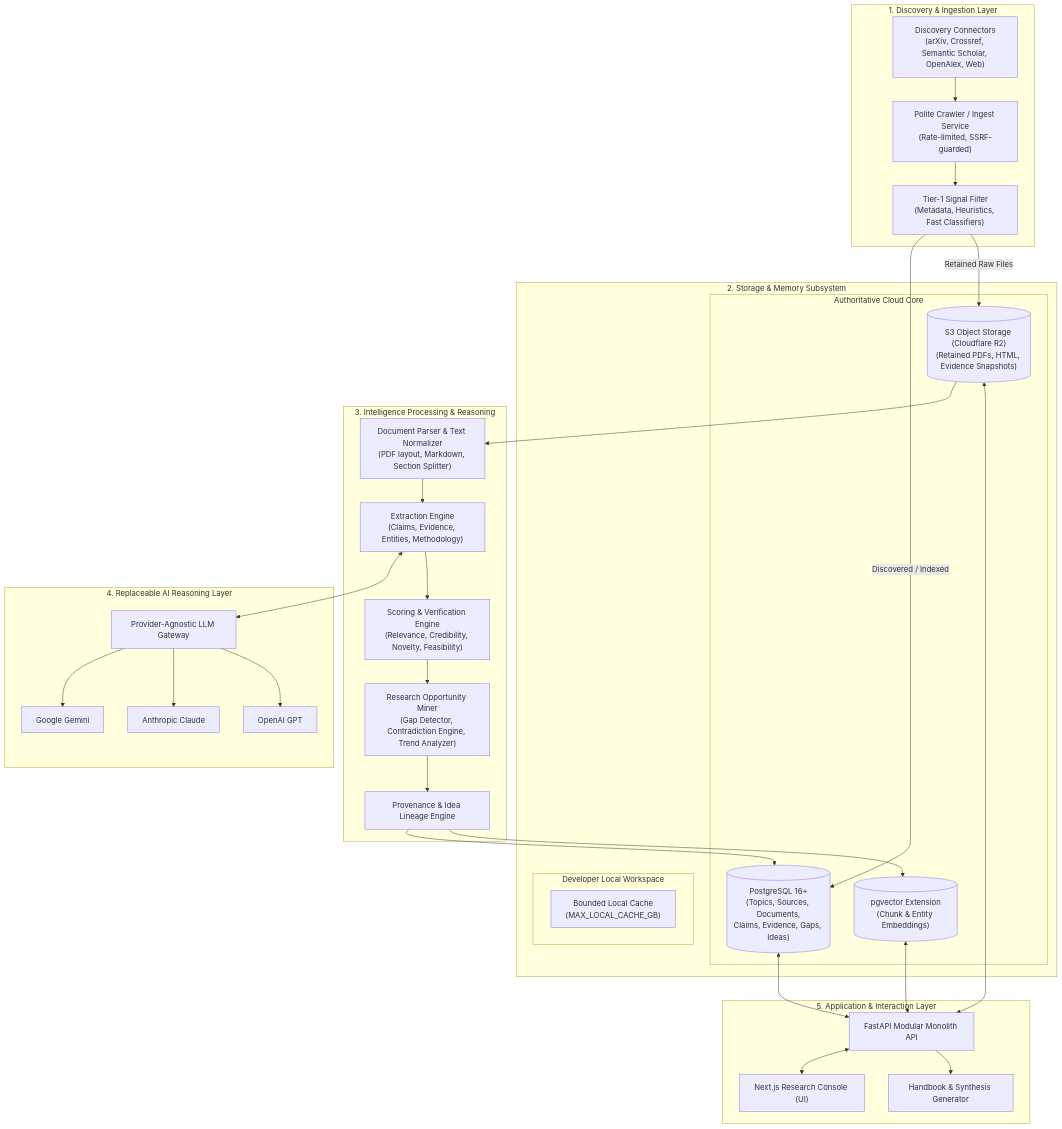
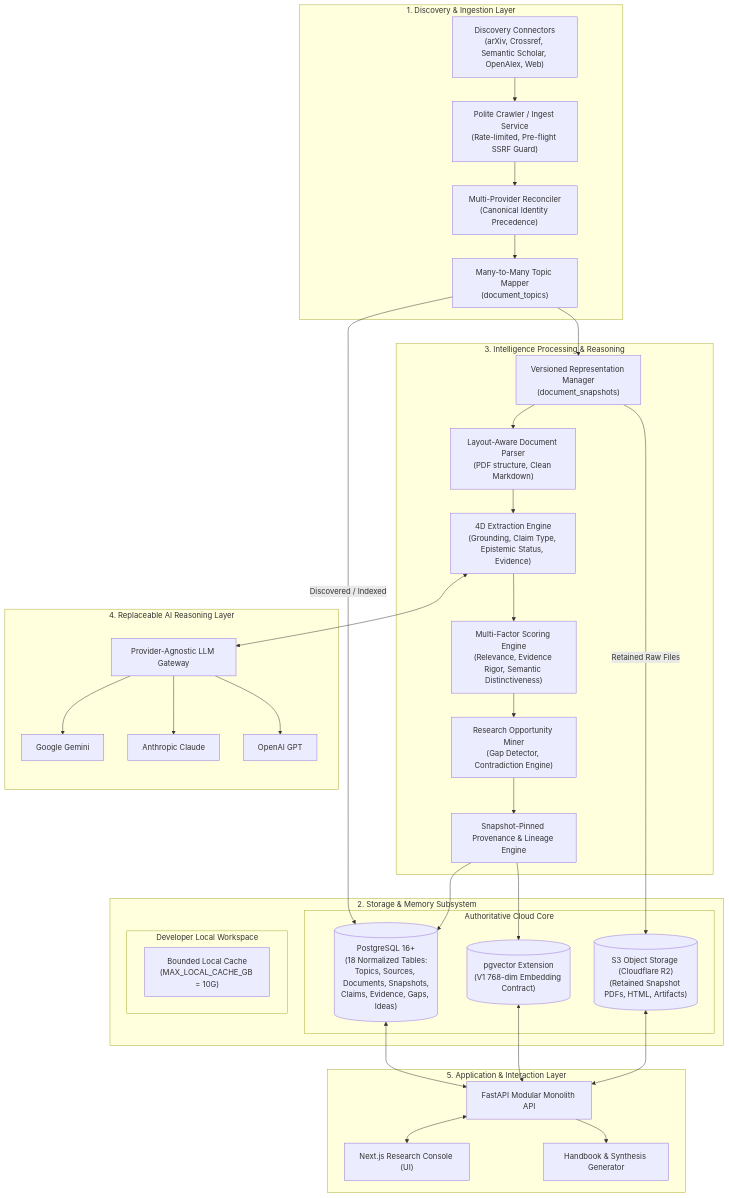
The first of 2 diagrams in ARCHITECTURE.md (Phuchello/NCKH), drawn with Mermaid before and after one commit. The commit also changed other lines of this file and 14 other files, not shown here.

Commit message:
fix(arch): G0.1 architecture corrections across topic cardinality, snapshot model, and epistemology

````diff
--- a/ARCHITECTURE.md
+++ b/ARCHITECTURE.md
@@ -19,54 +19,57 @@
 ```mermaid
 flowchart TB
     subgraph DiscoveryLayer["1. Discovery & Ingestion Layer"]
         Sources["Discovery Connectors\n(arXiv, Crossref, Semantic Scholar, OpenAlex, Web)"]
-        Crawler["Polite Crawler / Ingest Service\n(Rate-limited, SSRF-guarded)"]
-        Filter["Tier-1 Signal Filter\n(Metadata, Heuristics, Fast Classifiers)"]
+        Crawler["Polite Crawler / Ingest Service\n(Rate-limited, Pre-flight SSRF Guard)"]
+        Reconcile["Multi-Provider Reconciler\n(Canonical Identity Precedence)"]
+        DocTopics["Many-to-Many Topic Mapper\n(document_topics)"]
     end
 
     subgraph StorageLayer["2. Storage & Memory Subsystem"]
         subgraph CloudStorage["Authoritative Cloud Core"]
-            Postgres[("PostgreSQL 16+\n(Topics, Sources, Documents,\nClaims, Evidence, Gaps, Ideas)")]
-            PgVector[("pgvector Extension\n(Chunk & Entity Embeddings)")]
-            S3Store[("S3 Object Storage (Cloudflare R2)\n(Retained PDFs, HTML, Evidence Snapshots)")]
+            Postgres[("PostgreSQL 16+\n(18 Normalized Tables:\nTopics, Sources, Documents, Snapshots,\nClaims, Evidence, Gaps, Ideas)")]
+            PgVector[("pgvector Extension\n(V1 768-dim Embedding Contract)")]
+            S3Store[("S3 Object Storage (Cloudflare R2)\n(Retained Snapshot PDFs, HTML, Artifacts)")]
         end
         subgraph LocalTier["Developer Local Workspace"]
-            LocalCache["Bounded Local Cache\n(MAX_LOCAL_CACHE_GB)"]
+            LocalCache["Bounded Local Cache\n(MAX_LOCAL_CACHE_GB = 10G)"]
         end
     end
 
     subgraph ProcessingLayer["3. Intelligence Processing & Reasoning"]
-        Parser["Document Parser & Text Normalizer\n(PDF layout, Markdown, Section Splitter)"]
-        Extractor["Extraction Engine\n(Claims, Evidence, Entities, Methodology)"]
-        Scorer["Scoring & Verification Engine\n(Relevance, Credibility, Novelty, Feasibility)"]
-        OpportunityMiner["Research Opportunity Miner\n(Gap Detector, Contradiction Engine, Trend Analyzer)"]
-        LineageGraph["Provenance & Idea Lineage Engine"]
+        Snapshots["Versioned Representation Manager\n(document_snapshots)"]
+        Parser["Layout-Aware Document Parser\n(PDF structure, Clean Markdown)"]
+        Extractor["4D Extraction Engine\n(Grounding, Claim Type, Epistemic Status, Evidence)"]
+        Scorer["Multi-Factor Scoring Engine\n(Relevance, Evidence Rigor, Semantic Distinctiveness)"]
+        OpportunityMiner["Research Opportunity Miner\n(Gap Detector, Contradiction Engine)"]
+        LineageGraph["Snapshot-Pinned Provenance & Lineage Engine"]
     end
 
     subgraph LLMAdapters["4. Replaceable AI Reasoning Layer"]
         Adapter["Provider-Agnostic LLM Gateway"]
         Gemini["Google Gemini"]
         Claude["Anthropic Claude"]
         OpenAI["OpenAI GPT"]
     end
 
     subgraph ApplicationLayer["5. Application & Interaction Layer"]
         FastAPI["FastAPI Modular Monolith API"]
         NextJS["Next.js Research Console (UI)"]
         ExportEngine["Handbook & Synthesis Generator"]
     end
 
-    Sources --> Crawler --> Filter
-    Filter -->|"Discovered / Indexed"| Postgres
-    Filter -->|"Retained Raw Files"| S3Store
-    S3Store --> Parser --> Extractor
+    Sources --> Crawler --> Reconcile --> DocTopics
+    DocTopics -->|"Discovered / Indexed"| Postgres
+    DocTopics --> Snapshots
+    Snapshots -->|"Retained Raw Files"| S3Store
+    Snapshots --> Parser --> Extractor
     Extractor <--> Adapter
     Adapter --> Gemini & Claude & OpenAI
     Extractor --> Scorer --> OpportunityMiner --> LineageGraph
     LineageGraph --> Postgres & PgVector
     Postgres <--> FastAPI
     PgVector <--> FastAPI
     S3Store <--> FastAPI
     FastAPI <--> NextJS
     FastAPI --> ExportEngine
 ```
````
